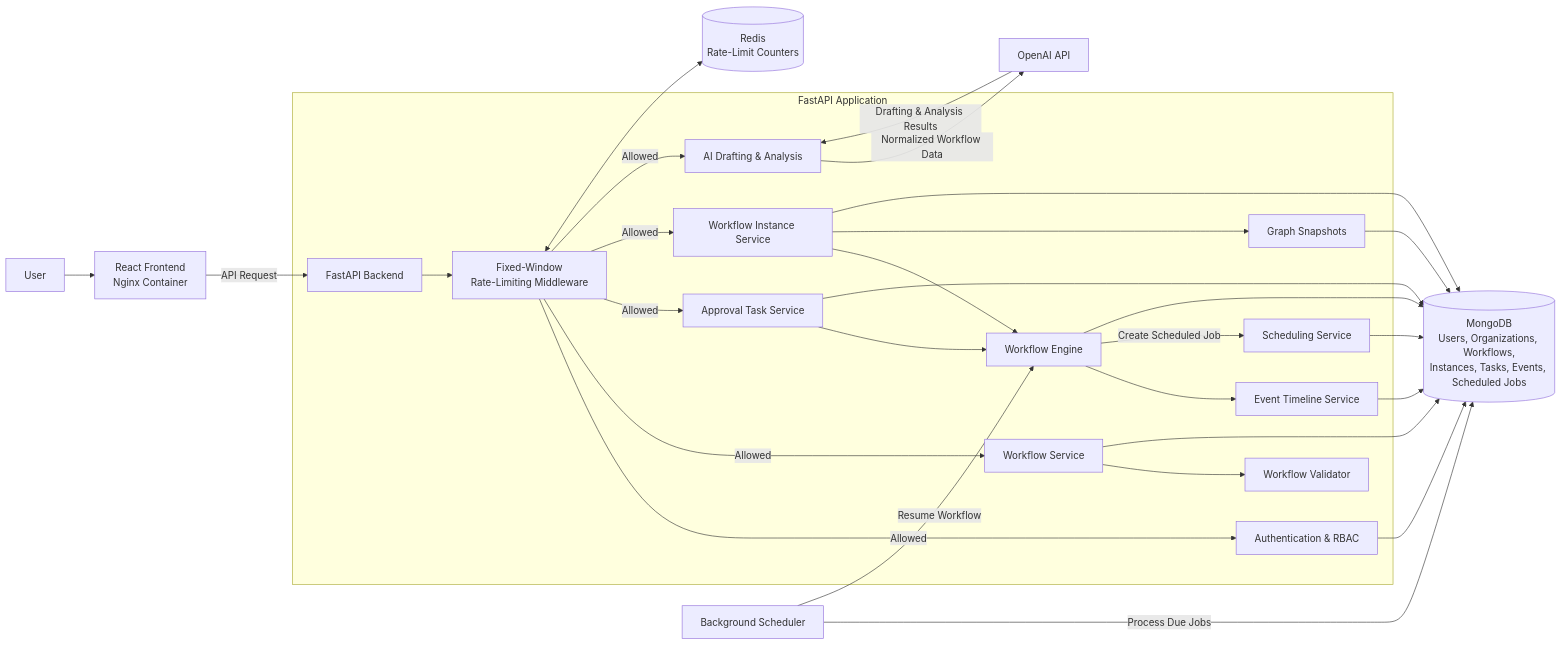
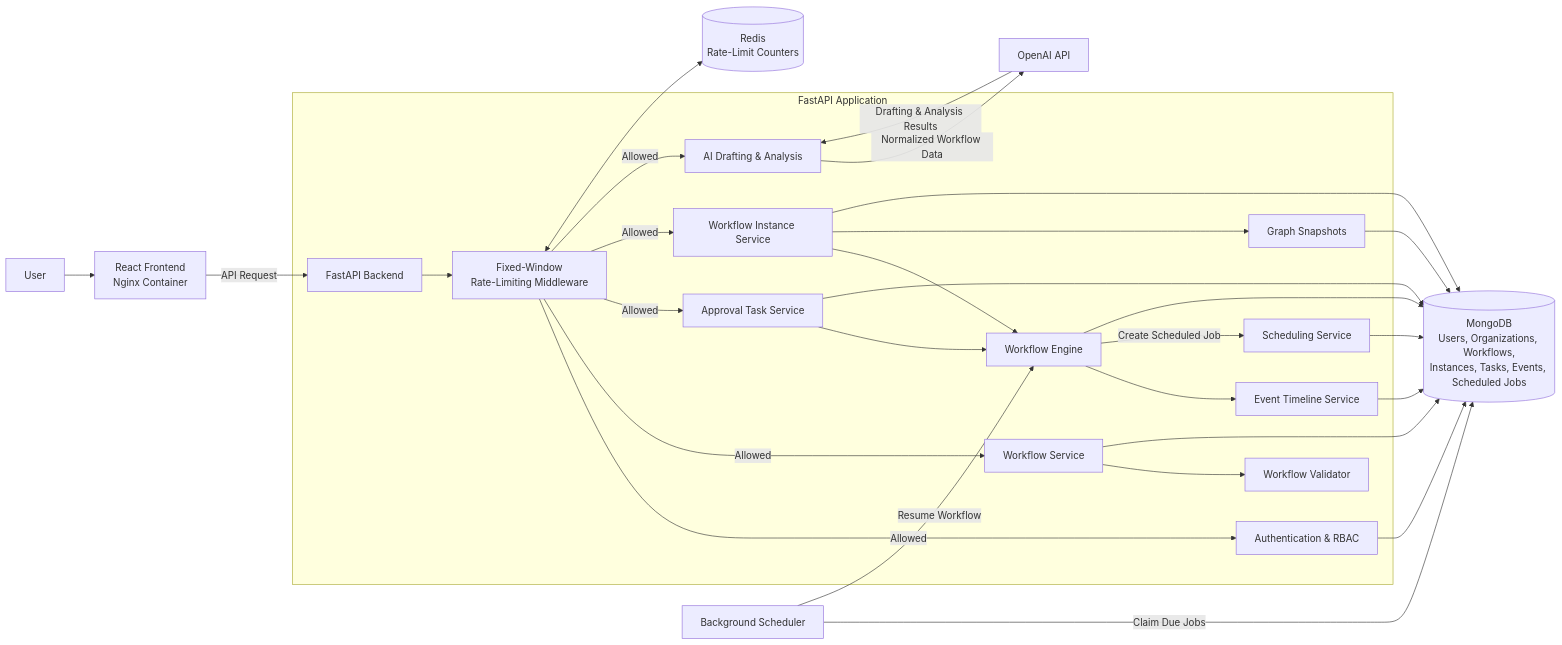
One commit to ErenKarakus1/AI-Assisted-Workflow-Builder changed the diagram in README.md. Above: the diagram before and after it, drawn with Mermaid. The commit also changed other lines of this file, not shown here.

````diff
--- a/README.md
+++ b/README.md
@@ -116,44 +117,44 @@
 ```mermaid
 flowchart LR
     User[User] --> Frontend[React Frontend<br/>Nginx Container]
     Frontend -->|API Request| API[FastAPI Backend]
 
     subgraph Application[FastAPI Application]
         API --> RateLimit[Fixed-Window<br/>Rate-Limiting Middleware]
 
         RateLimit -->|Allowed| Auth[Authentication & RBAC]
         RateLimit -->|Allowed| Workflows[Workflow Service]
         RateLimit -->|Allowed| Tasks[Approval Task Service]
         RateLimit -->|Allowed| Instances[Workflow Instance Service]
         RateLimit -->|Allowed| AIService[AI Drafting & Analysis]
 
         Workflows --> Validator[Workflow Validator]
 
         Instances --> Engine[Workflow Engine]
         Tasks --> Engine
         Instances --> Snapshots[Graph Snapshots]
 
         Engine --> Events[Event Timeline Service]
         Engine -->|Create Scheduled Job| Scheduling[Scheduling Service]
     end
 
     RateLimit <--> Redis[(Redis<br/>Rate-Limit Counters)]
 
     Mongo[(MongoDB<br/>Users, Organizations, Workflows,<br/>Instances, Tasks, Events, Scheduled Jobs)]
 
     Auth --> Mongo
     Workflows --> Mongo
     Tasks --> Mongo
     Instances --> Mongo
     Snapshots --> Mongo
     Engine --> Mongo
     Events --> Mongo
     Scheduling --> Mongo
 
     Background[Background Scheduler]
-    Background -->|Process Due Jobs| Mongo
+    Background -->|Claim Due Jobs| Mongo
     Background -->|Resume Workflow| Engine
 
     AIService -->|Normalized Workflow Data| OpenAI[OpenAI API]
     OpenAI -->|Drafting & Analysis Results| AIService
 ```
````
